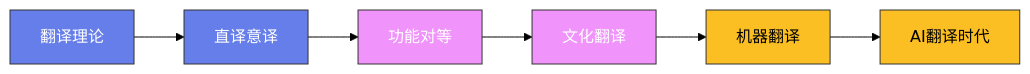
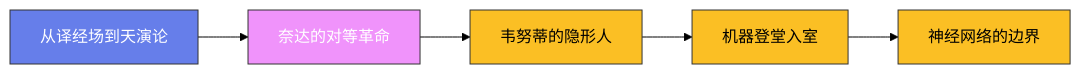
One commit to Fengur/Fengur.github.io changed the diagram in content/posts/ModelCreate/语言学/12-翻译理论.md. Above: the diagram before and after it, drawn with Mermaid (forest theme). The commit also changed other lines of this file and 505 other files, not shown here.

First line of the commit message:
content(blog): ModelCreate 全站质量修复——front matter 补全、占位图修复、事实错误修正、注水文重写

````diff
--- a/content/posts/ModelCreate/语言学/12-翻译理论.md
+++ b/content/posts/ModelCreate/语言学/12-翻译理论.md
@@ -35,16 +38,21 @@
 ```mermaid
 graph LR
-    A["翻译理论"] --> B["直译意译"]
-    B --> C["功能对等"]
-    C --> D["文化翻译"]
-    D --> E["机器翻译"]
-    E --> F["AI翻译时代"]
+    A["从译经场到天演论"]
+    B["奈达的对等革命"]
+    C["韦努蒂的隐形人"]
+    D["机器登堂入室"]
+    E["神经网络的边界"]
+
+    A --> B
+    B --> C
+    C --> D
+    D --> E
 
     classDef early fill:#667eea,stroke:#333,color:white
     classDef mid fill:#f093fb,stroke:#333,color:white
     classDef modern fill:#fbbf24,stroke:#333,color:black
 
-    class A,B early
-    class C,D mid
-    class E,F modern
+    class A early
+    class B mid
+    class C,D,E modern
 ```
````
